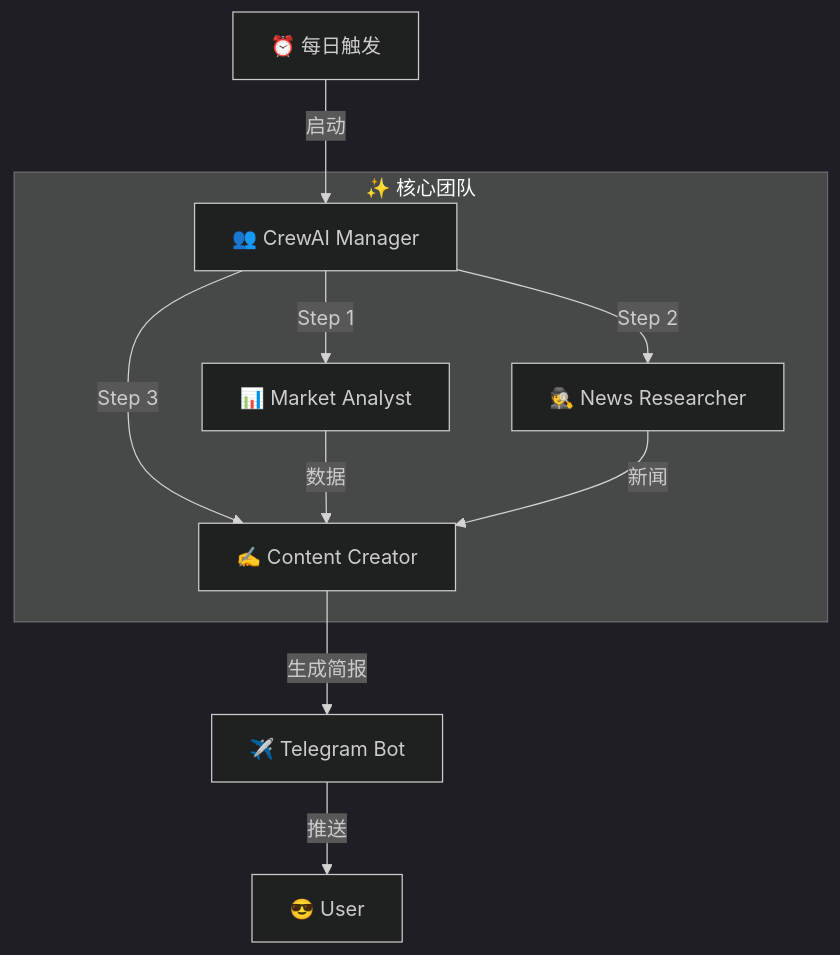
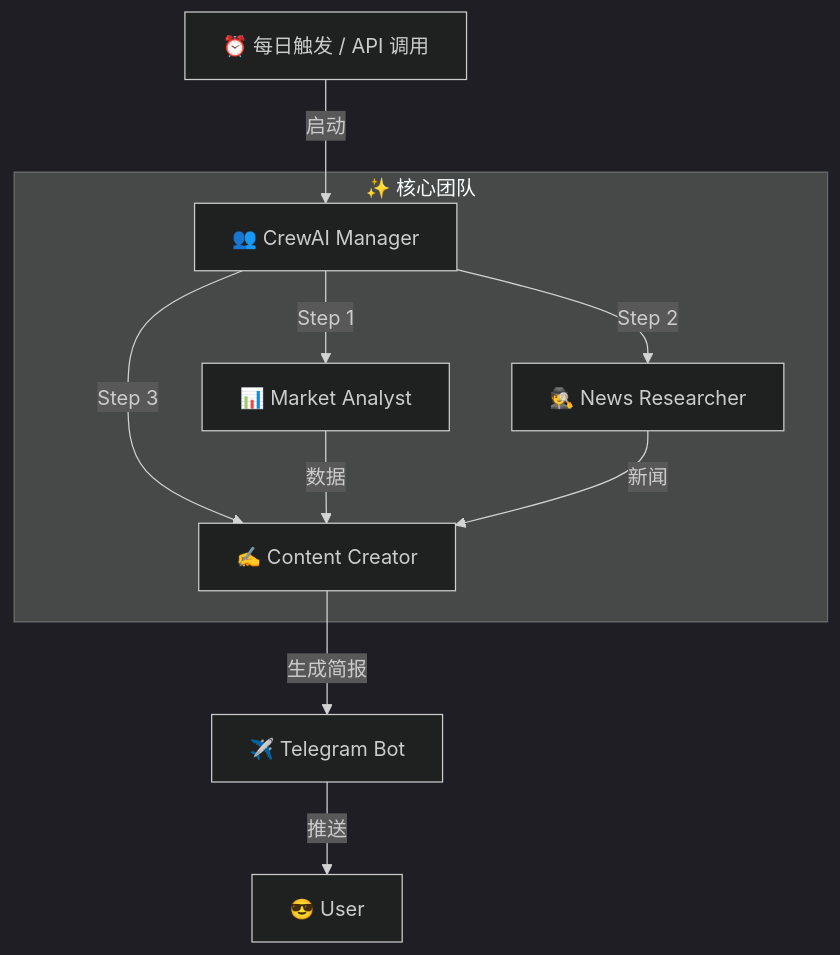
One commit to CaiusLuo/Connect-to-QQQ100-index-agent changed the diagram in README.md. Above: the diagram before and after it, drawn with Mermaid (dark theme). The commit also changed other lines of this file and 5 other files, not shown here.

````diff
--- a/README.md
+++ b/README.md
@@ -24,16 +25,16 @@
 ```mermaid
 graph TD
-    Start[⏰ 每日触发] --> |启动| Crew[👥 CrewAI Manager]
+    Start[⏰ 每日触发 / API 调用] --> |启动| Crew[👥 CrewAI Manager]
     
     subgraph Team [✨ 核心团队]
         Crew --> |Step 1| Analyst[📊 Market Analyst]
         Crew --> |Step 2| Researcher[🕵️ News Researcher]
         Crew --> |Step 3| Writer[✍️ Content Creator]
     end
 
     Analyst --> |数据| Writer
     Researcher --> |新闻| Writer
     
     Writer --> |生成简报| Telegram[✈️ Telegram Bot]
     Telegram --> |推送| User[😎 User]
 ```
````
